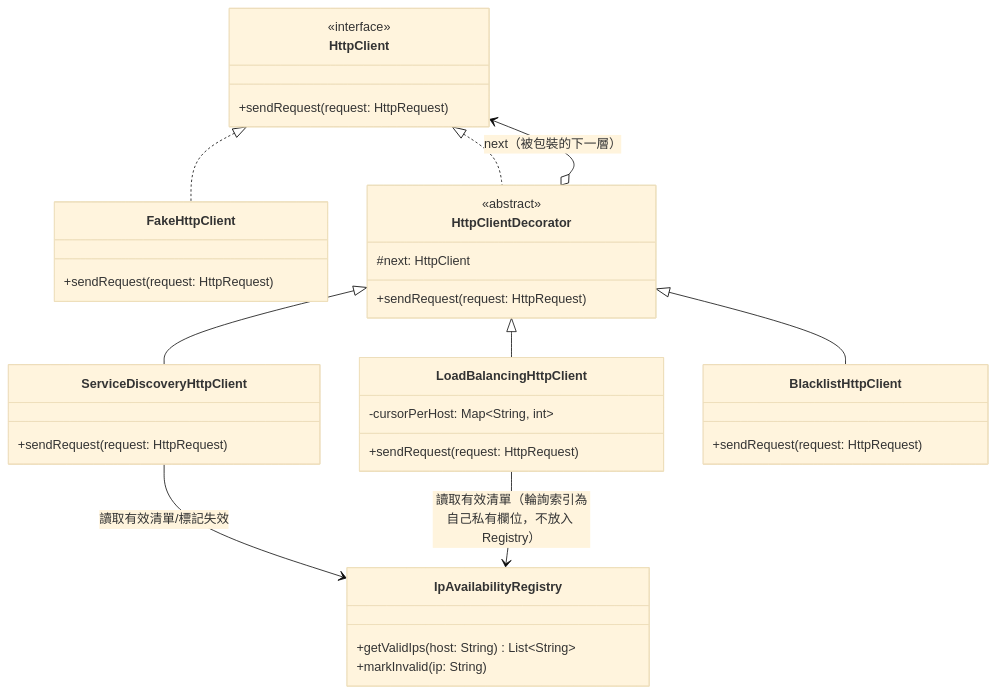
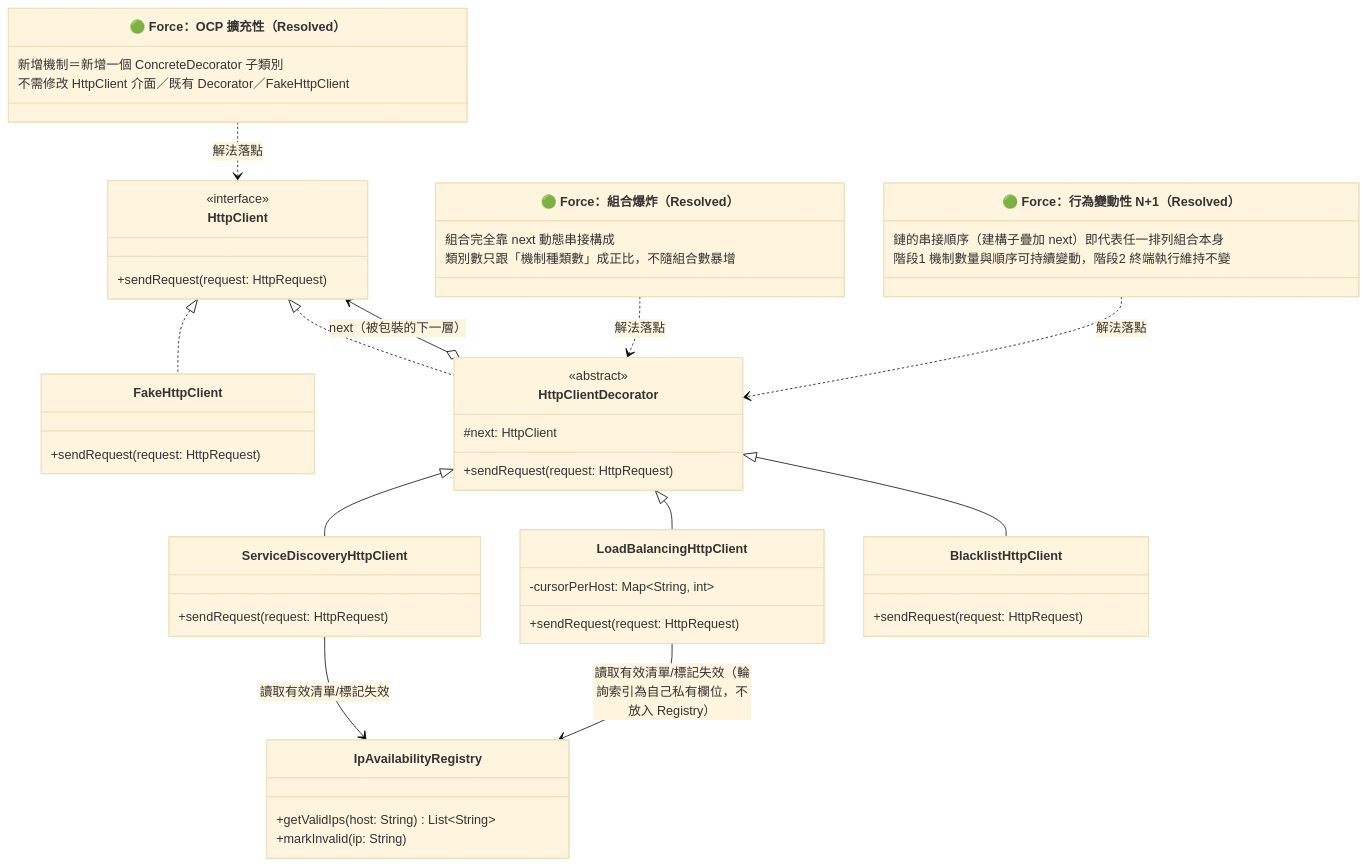
One commit to tanguitar8093/Software-Design-Pattern-HW changed the third of 4 diagrams in homework7_decorator_httpclient/docs/ooa-doc.md. Above: the diagram before and after it, drawn with Mermaid (base theme). The commit also changed other lines of this file and 3 other files, not shown here.

````diff
--- a/homework7_decorator_httpclient/docs/ooa-doc.md
+++ b/homework7_decorator_httpclient/docs/ooa-doc.md
@@ -152,38 +183,55 @@
 ```mermaid
 classDiagram
     class HttpClient {
         <<interface>>
         +sendRequest(request: HttpRequest)
     }
     class FakeHttpClient {
         +sendRequest(request: HttpRequest)
     }
     class HttpClientDecorator {
         <<abstract>>
         #next: HttpClient
         +sendRequest(request: HttpRequest)
     }
     class ServiceDiscoveryHttpClient {
         +sendRequest(request: HttpRequest)
     }
     class LoadBalancingHttpClient {
         -cursorPerHost: Map~String, int~
         +sendRequest(request: HttpRequest)
     }
     class BlacklistHttpClient {
         +sendRequest(request: HttpRequest)
     }
     class IpAvailabilityRegistry {
         +getValidIps(host: String) List~String~
         +markInvalid(ip: String)
     }
 
     HttpClient <|.. FakeHttpClient
     HttpClient <|.. HttpClientDecorator
     HttpClientDecorator <|-- ServiceDiscoveryHttpClient
     HttpClientDecorator <|-- LoadBalancingHttpClient
     HttpClientDecorator <|-- BlacklistHttpClient
     HttpClientDecorator o--> HttpClient : next（被包裝的下一層）
     ServiceDiscoveryHttpClient --> IpAvailabilityRegistry : 讀取有效清單/標記失效
-    LoadBalancingHttpClient --> IpAvailabilityRegistry : 讀取有效清單（輪詢索引為自己私有欄位，不放入 Registry）
+    LoadBalancingHttpClient --> IpAvailabilityRegistry : 讀取有效清單/標記失效（輪詢索引為自己私有欄位，不放入 Registry）
+
+    class Force_Explosion_R["🟢 Force：組合爆炸（Resolved）"] {
+        組合完全靠 next 動態串接構成
+        類別數只跟「機制種類數」成正比，不隨組合數暴增
+    }
+    class Force_OCP_R["🟢 Force：OCP 擴充性（Resolved）"] {
+        新增機制＝新增一個 ConcreteDecorator 子類別
+        不需修改 HttpClient 介面／既有 Decorator／FakeHttpClient
+    }
+    class Force_N1_R["🟢 Force：行為變動性 N+1（Resolved）"] {
+        鏈的串接順序（建構子疊加 next）即代表任一排列組合本身
+        階段1 機制數量與順序可持續變動，階段2 終端執行維持不變
+    }
+
+    Force_Explosion_R ..> HttpClientDecorator : 解法落點
+    Force_OCP_R ..> HttpClient : 解法落點
+    Force_N1_R ..> HttpClientDecorator : 解法落點
 ```
````
